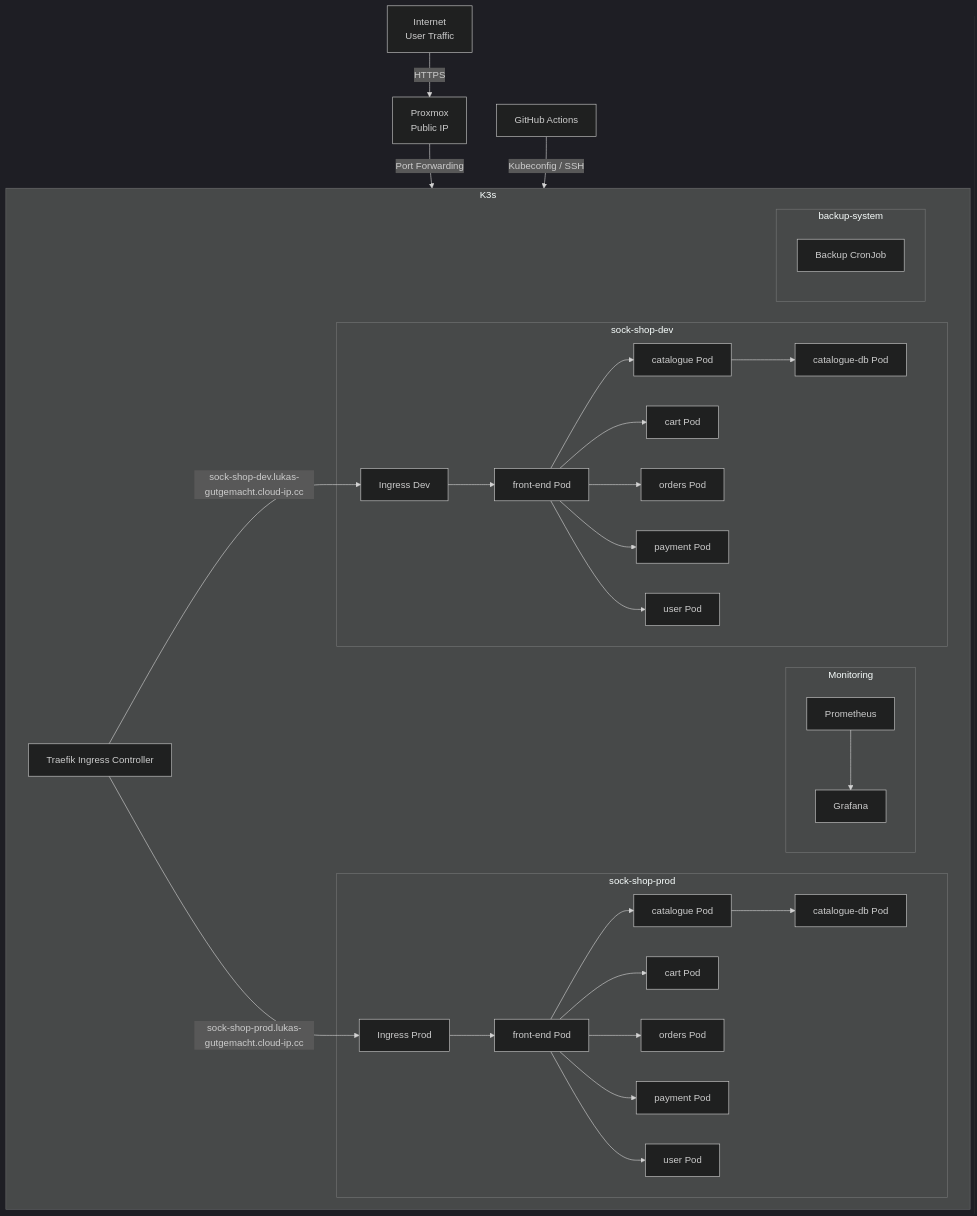
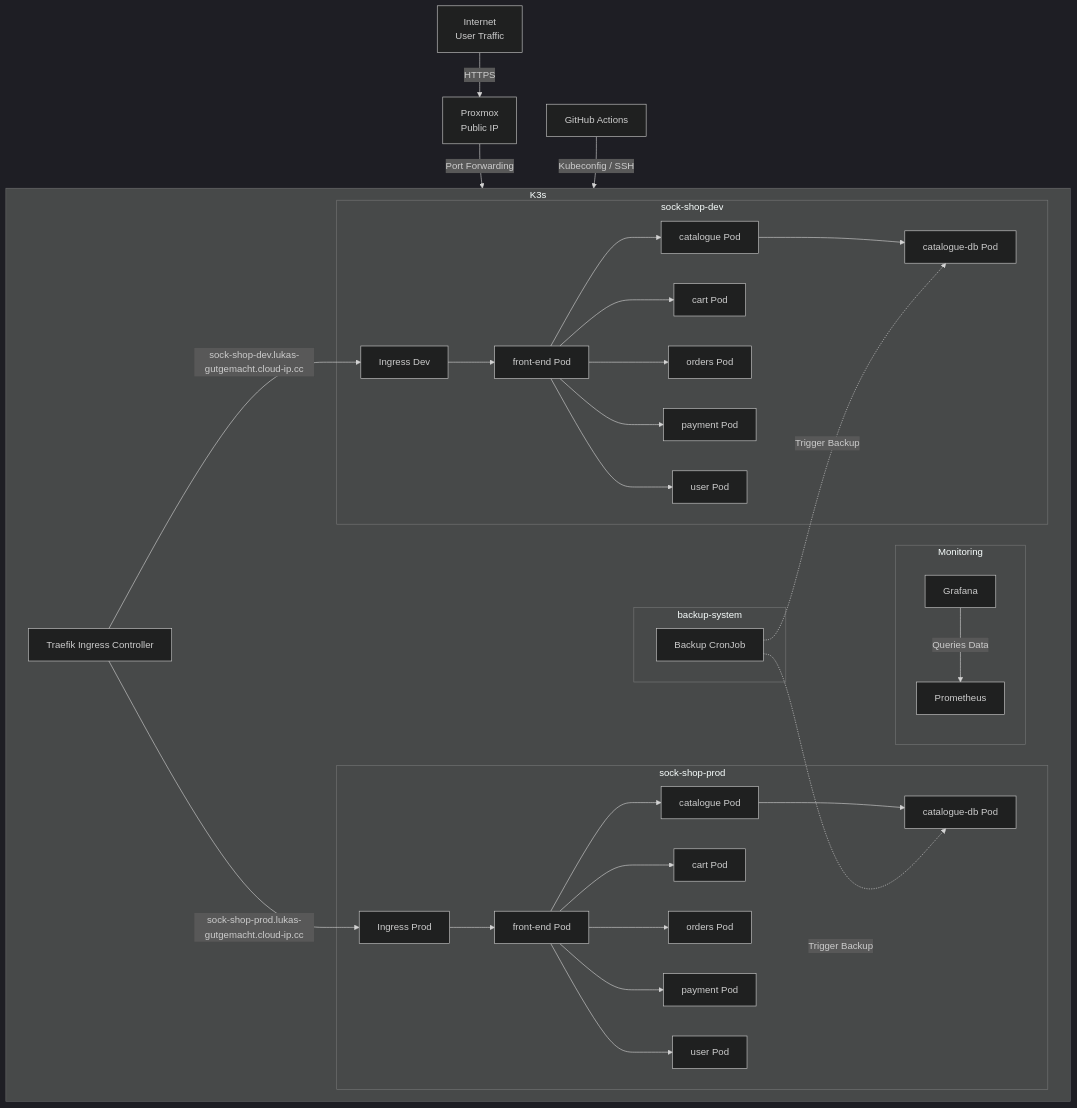
Before and after one commit to Ru-Dipity/Microservice-Demo-Application: the diagram in README.md, drawn with Mermaid (dark theme). The commit also changed other lines of this file, not shown here.

Commit message:
Fix architecture diagram issues: Prometheus/Grafana arrow and Backup CronJob connections

````diff
--- a/README.md
+++ b/README.md
@@ -11,59 +11,61 @@
 ```mermaid
 graph TB
     Internet[Internet<br/>User Traffic] -->|HTTPS| Proxmox[Proxmox<br/>Public IP]
     Proxmox -->|Port Forwarding| K3s[K3s Kubernetes Cluster]
     
     subgraph K3s
         Traefik[Traefik Ingress Controller]
         subgraph sock-shop-dev
             IngressDev[Ingress Dev]
             FrontEndDev[front-end Pod]
             CatalogueDev[catalogue Pod]
             CartDev[cart Pod]
             OrdersDev[orders Pod]
             PaymentDev[payment Pod]
             UserDev[user Pod]
             CatalogueDBDev[catalogue-db Pod]
             IngressDev --> FrontEndDev
             FrontEndDev --> CatalogueDev
             FrontEndDev --> CartDev
             FrontEndDev --> OrdersDev
             FrontEndDev --> PaymentDev
             FrontEndDev --> UserDev
             CatalogueDev --> CatalogueDBDev
         end
         
         subgraph sock-shop-prod
             IngressProd[Ingress Prod]
             FrontEndProd[front-end Pod]
             CatalogueProd[catalogue Pod]
             CartProd[cart Pod]
             OrdersProd[orders Pod]
             PaymentProd[payment Pod]
             UserProd[user Pod]
             CatalogueDBProd[catalogue-db Pod]
             IngressProd --> FrontEndProd
             FrontEndProd --> CatalogueProd
             FrontEndProd --> CartProd
             FrontEndProd --> OrdersProd
             FrontEndProd --> PaymentProd
             FrontEndProd --> UserProd
             CatalogueProd --> CatalogueDBProd
         end
         
         subgraph Monitoring
             Prometheus[Prometheus]
             Grafana[Grafana]
-            Prometheus --> Grafana
+            Grafana -->|Queries Data| Prometheus
         end
         
         subgraph backup-system
             BackupCronJob[Backup CronJob]
         end
         
         Traefik -->|sock-shop-dev.lukas-gutgemacht.cloud-ip.cc| IngressDev
         Traefik -->|sock-shop-prod.lukas-gutgemacht.cloud-ip.cc| IngressProd
+        BackupCronJob -.->|Trigger Backup| CatalogueDBDev
+        BackupCronJob -.->|Trigger Backup| CatalogueDBProd
     end
     
     GitHub[GitHub Actions] -->|Kubeconfig / SSH| K3s
 ```
````
